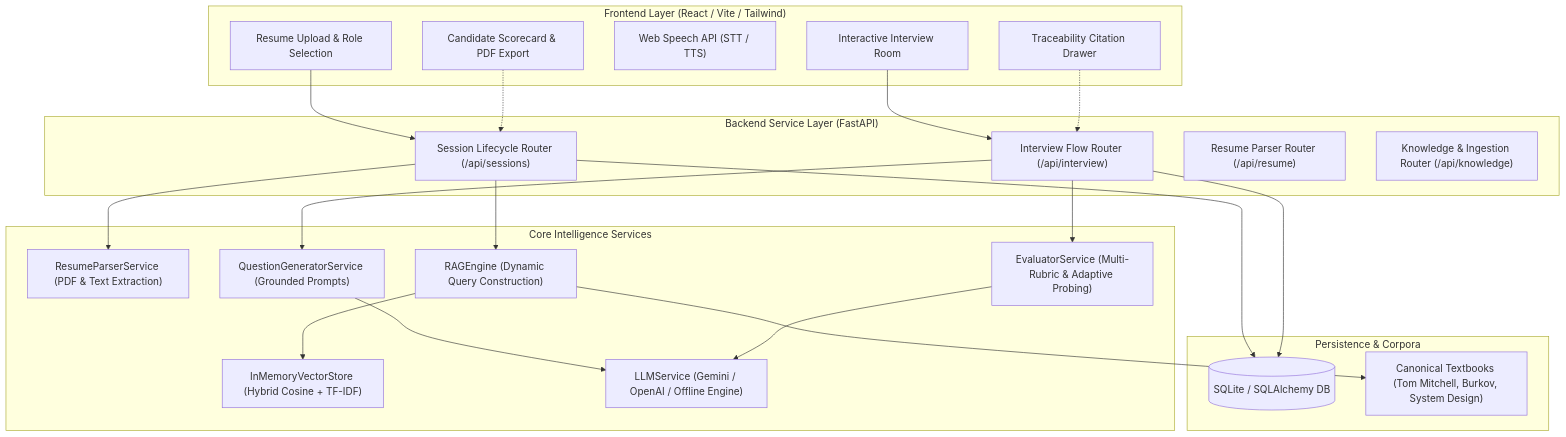
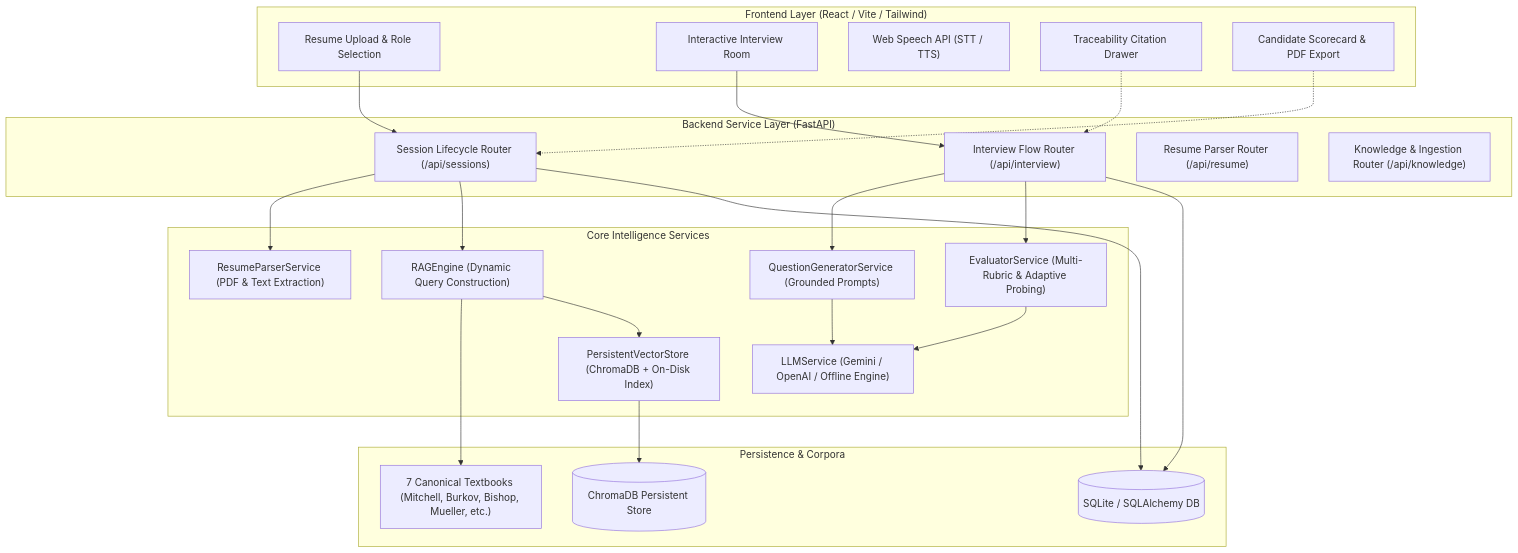
Before and after one commit to yashmdarji/Screenly: the first of 2 diagrams in README.md, drawn with Mermaid. The commit also changed other lines of this file and 12 other files, not shown here.

Commit message:
feat: complete persistent ChromaDB RAG pipeline, 7 canonical textbooks, and dynamic tier calibration

````diff
--- a/README.md
+++ b/README.md
@@ -80,49 +81,51 @@
 ```mermaid
 flowchart TD
     subgraph Frontend["Frontend Layer (React / Vite / Tailwind)"]
         UI_Upload["Resume Upload & Role Selection"]
         UI_Interview["Interactive Interview Room"]
         UI_Speech["Web Speech API (STT / TTS)"]
         UI_Citations["Traceability Citation Drawer"]
         UI_Scorecard["Candidate Scorecard & PDF Export"]
     end
 
     subgraph API["Backend Service Layer (FastAPI)"]
         R_Session["Session Lifecycle Router (/api/sessions)"]
         R_Interview["Interview Flow Router (/api/interview)"]
         R_Resume["Resume Parser Router (/api/resume)"]
         R_Knowledge["Knowledge & Ingestion Router (/api/knowledge)"]
     end
 
     subgraph Core["Core Intelligence Services"]
         S_Parser["ResumeParserService (PDF & Text Extraction)"]
         S_RAG["RAGEngine (Dynamic Query Construction)"]
-        S_Vector["InMemoryVectorStore (Hybrid Cosine + TF-IDF)"]
+        S_Vector["PersistentVectorStore (ChromaDB + On-Disk Index)"]
         S_Generator["QuestionGeneratorService (Grounded Prompts)"]
         S_Evaluator["EvaluatorService (Multi-Rubric & Adaptive Probing)"]
         S_LLM["LLMService (Gemini / OpenAI / Offline Engine)"]
     end
 
     subgraph Storage["Persistence & Corpora"]
         DB[(SQLite / SQLAlchemy DB)]
-        Corpora["Canonical Textbooks (Tom Mitchell, Burkov, System Design)"]
+        VDB[(ChromaDB Persistent Store)]
+        Corpora["7 Canonical Textbooks (Mitchell, Burkov, Bishop, Mueller, etc.)"]
     end
 
     UI_Upload --> R_Session
     UI_Interview --> R_Interview
     UI_Citations -.-> R_Interview
     UI_Scorecard -.-> R_Session
 
     R_Session --> S_Parser
     R_Session --> S_RAG
     R_Interview --> S_Generator
     R_Interview --> S_Evaluator
 
     S_RAG --> Corpora
     S_RAG --> S_Vector
+    S_Vector --> VDB
     S_Generator --> S_LLM
     S_Evaluator --> S_LLM
 
     R_Session --> DB
     R_Interview --> DB
 ```
````
